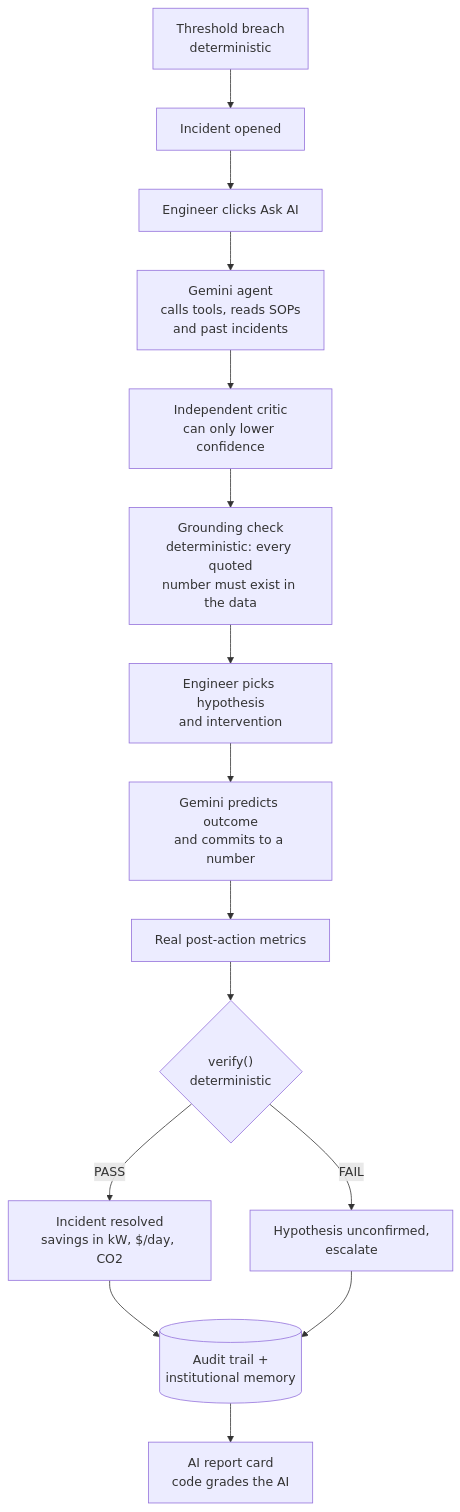
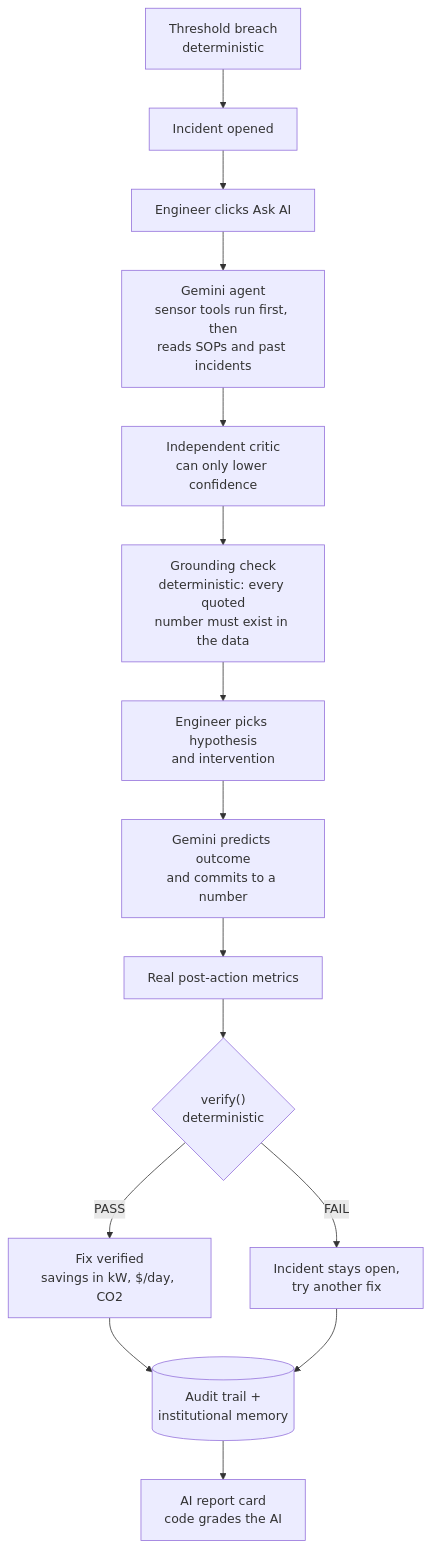
Before and after one commit to akanthed/AshvaTrace: the first of 3 diagrams in README.md, drawn with Mermaid. The commit also changed other lines of this file and 1 other file, not shown here.

Commit message:
refactor: Update flowchart descriptions and remove outdated testing guide

````diff
--- a/README.md
+++ b/README.md
@@ -29,17 +29,17 @@
 ```mermaid
 flowchart TB
     A[Threshold breach<br/>deterministic] --> B[Incident opened]
     B --> C[Engineer clicks Ask AI]
-    C --> D["Gemini agent<br/>calls tools, reads SOPs<br/>and past incidents"]
+    C --> D["Gemini agent<br/>sensor tools run first, then<br/>reads SOPs and past incidents"]
     D --> E[Independent critic<br/>can only lower confidence]
     E --> F[Grounding check<br/>deterministic: every quoted<br/>number must exist in the data]
     F --> G[Engineer picks hypothesis<br/>and intervention]
     G --> H["Gemini predicts outcome<br/>and commits to a number"]
     H --> I[Real post-action metrics]
     I --> J{"verify()<br/>deterministic"}
-    J -->|PASS| K["Incident resolved<br/>savings in kW, $/day, CO2"]
-    J -->|FAIL| L[Hypothesis unconfirmed,<br/>escalate]
+    J -->|PASS| K["Fix verified<br/>savings in kW, $/day, CO2"]
+    J -->|FAIL| L[Incident stays open,<br/>try another fix]
     K --> M[(Audit trail +<br/>institutional memory)]
     L --> M
     M --> N["AI report card<br/>code grades the AI"]
 ```
````
